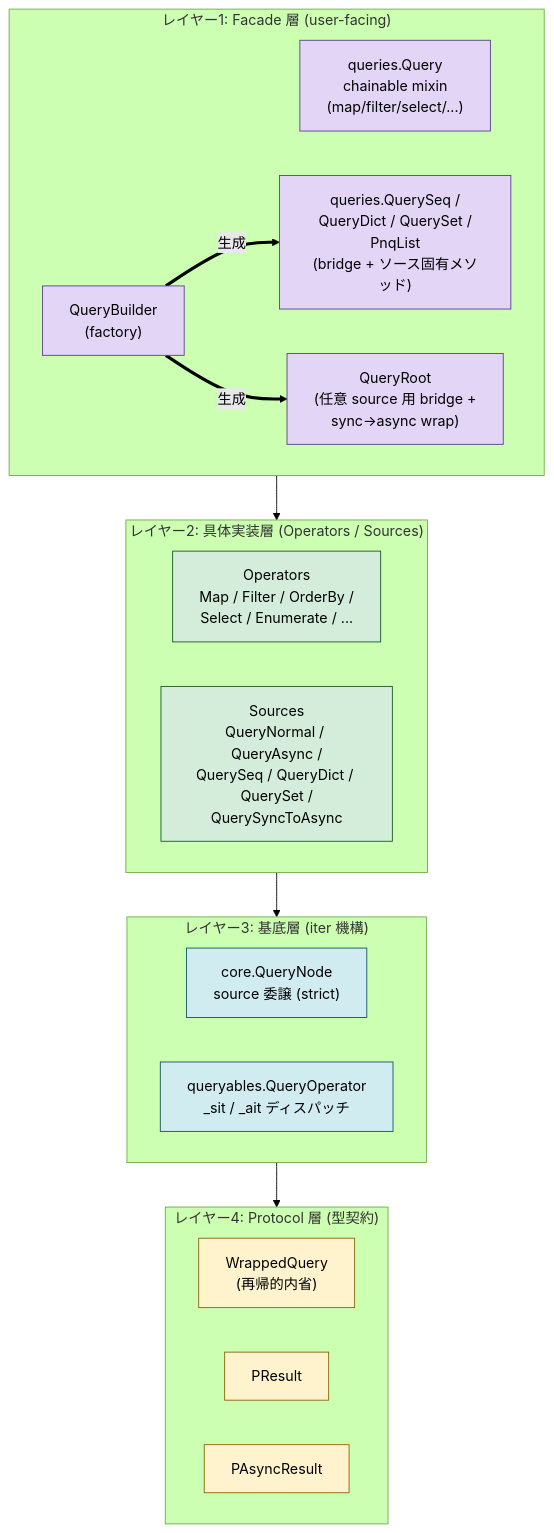
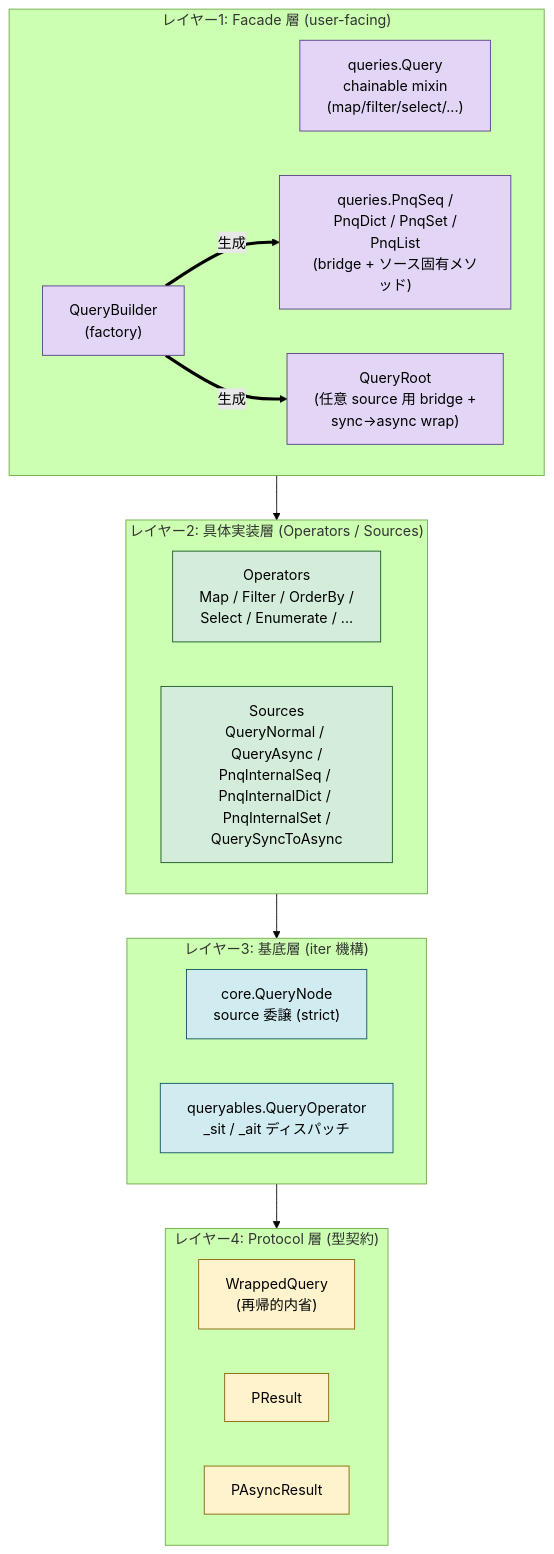
Before and after one commit to sasano8/pnq: the first of 2 diagrams in docs/design.md, drawn with Mermaid (forest theme). The commit also changed other lines of this file and 6 other files, not shown here.

````diff
--- a/docs/design.md
+++ b/docs/design.md
@@ -28,44 +28,44 @@
 ```mermaid
 flowchart TB
     subgraph L1 ["レイヤー1: Facade 層 (user-facing)"]
         direction LR
         qQuery["queries.Query<br/>chainable mixin<br/>(map/filter/select/...)"]
         QueryRoot["QueryRoot<br/>(任意 source 用 bridge +<br/>sync→async wrap)"]
-        qBridges["queries.QuerySeq /<br/>QueryDict / QuerySet /<br/>PnqList<br/>(bridge + ソース固有メソッド)"]
+        qBridges["queries.PnqSeq /<br/>PnqDict / PnqSet /<br/>PnqList<br/>(bridge + ソース固有メソッド)"]
         QueryBuilder["QueryBuilder<br/>(factory)"]
     end
 
     subgraph L2 ["レイヤー2: 具体実装層 (Operators / Sources)"]
         direction LR
         Operators["Operators<br/>Map / Filter / OrderBy /<br/>Select / Enumerate / ..."]
-        Sources["Sources<br/>QueryNormal / QueryAsync /<br/>QuerySeq / QueryDict / QuerySet /<br/>QuerySyncToAsync"]
+        Sources["Sources<br/>QueryNormal / QueryAsync /<br/>PnqInternalSeq / PnqInternalDict / PnqInternalSet /<br/>QuerySyncToAsync"]
     end
 
     subgraph L3 ["レイヤー3: 基底層 (iter 機構)"]
         direction LR
         QueryNode["core.QueryNode<br/>source 委譲 (strict)"]
         QueryOperator["queryables.QueryOperator<br/>_sit / _ait ディスパッチ"]
     end
 
     subgraph L4 ["レイヤー4: Protocol 層 (型契約)"]
         direction LR
         WrappedQuery["WrappedQuery<br/>(再帰的内省)"]
         PResult["PResult"]
         PAsyncResult["PAsyncResult"]
     end
 
     L1 --> L2
     L2 --> L3
     L3 --> L4
     QueryBuilder ==>|生成| qBridges
     QueryBuilder ==>|生成| QueryRoot
 
     classDef facade fill:#e2d5f5,stroke:#5a3d8a
     classDef concrete fill:#d4edda,stroke:#155724
     classDef base fill:#d1ecf1,stroke:#0c5460
     classDef proto fill:#fff3cd,stroke:#856404
     class qQuery,QueryRoot,qBridges,QueryBuilder facade
     class Operators,Sources concrete
     class QueryNode,QueryOperator base
     class WrappedQuery,PResult,PAsyncResult proto
 ```
````
